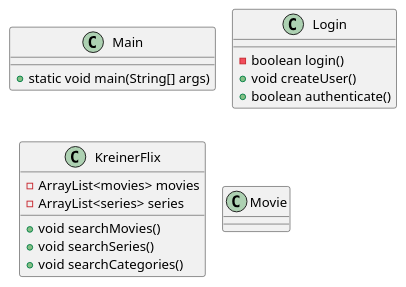
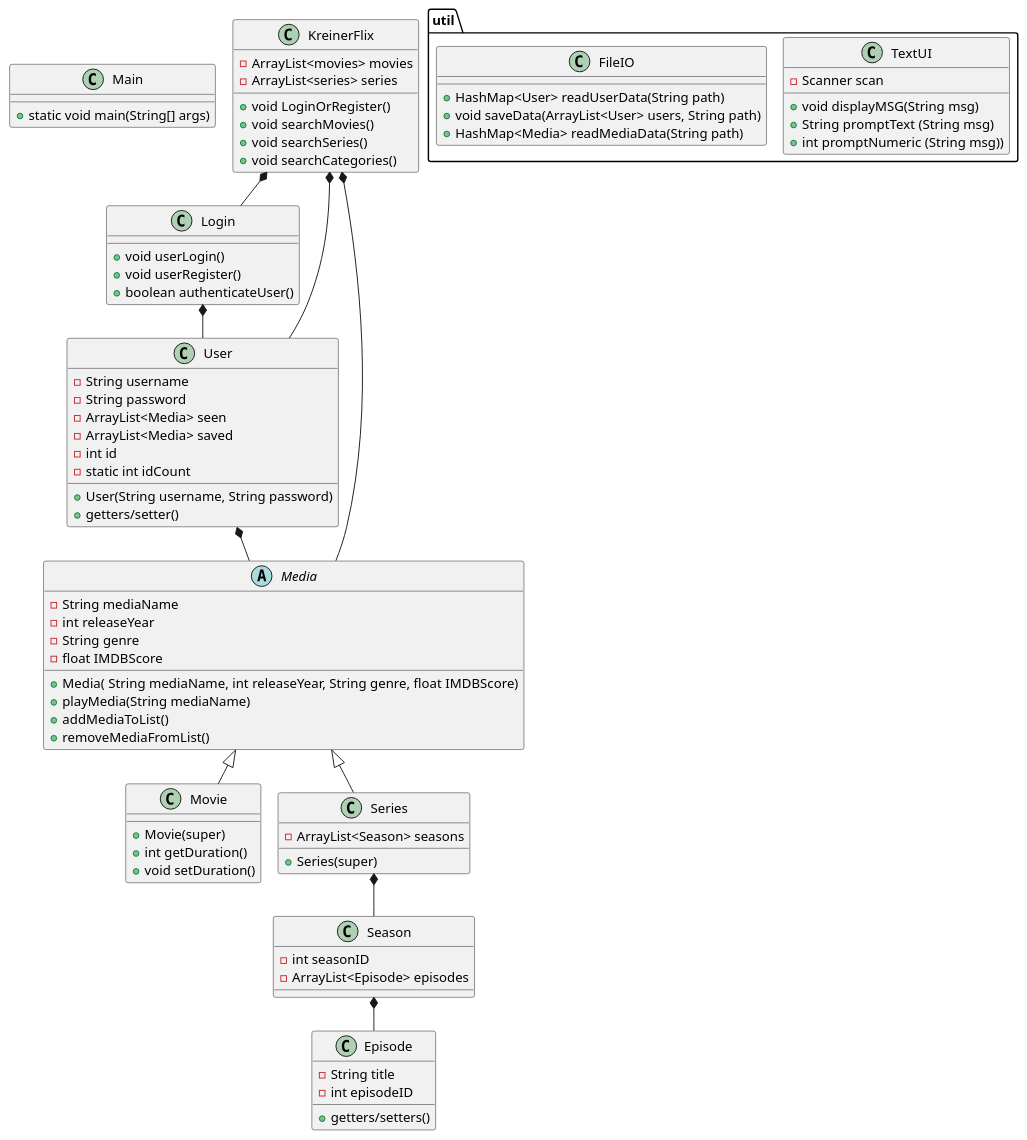
The diagram in doc/classdiagram.puml (Bubberslem/Sp3MadsDMarcusR), drawn with PlantUML before and after one commit. The commit also changed 8 other files, not shown here.

Commit message:
ClassDiagram done

```diff
--- a/doc/classdiagram.puml
+++ b/doc/classdiagram.puml
@@ -1,25 +1,96 @@
 @startuml
 'https://plantuml.com/class-diagram
 !pragma layout smetana
 class Main{
 + static void main(String[] args)
 }
 class Login{
-- boolean login()
-+ void createUser()
-+ boolean authenticate()
++ void userLogin()
++ void userRegister()
++ boolean authenticateUser()
+}
+abstract class Media{
+- String mediaName
+- int releaseYear
+- String genre
+- float IMDBScore
+
++ Media( String mediaName, int releaseYear, String genre, float IMDBScore)
++ playMedia(String mediaName)
++ addMediaToList()
++ removeMediaFromList()
+}
+
+class Movie extends Media{
++ Movie(super)
++ int getDuration()
++ void setDuration()
+}
+
+class Series extends Media{
+- ArrayList<Season> seasons
++ Series(super)
+}
+
+class Season{
+- int seasonID
+- ArrayList<Episode> episodes
+}
+
+class Episode{
+- String title
+- int episodeID
++ getters/setters()
 }
 
 class KreinerFlix{
 - ArrayList<movies> movies
 - ArrayList<series> series
++ void LoginOrRegister()
 + void searchMovies()
 + void searchSeries()
 + void searchCategories()
 }
 
+class User{
+- String username
+- String password
+- ArrayList<Media> seen
+- ArrayList<Media> saved
+- int id
+- static int idCount
++ User(String username, String password)
++ getters/setter()
+
+}
 class Movie{
 
 }
+package "util"{
 
+class TextUI{
+- Scanner scan
+
++ void displayMSG(String msg)
++ String promptText (String msg)
++ int promptNumeric (String msg))
+}
+
+class FileIO{
++ HashMap<User> readUserData(String path)
++ void saveData(ArrayList<User> users, String path)
++ HashMap<Media> readMediaData(String path)
+}
+
+KreinerFlix *-- Media
+
+User *-- Media
+
+KreinerFlix *-- User
+
+Series *-- Season
+
+Season *-- Episode
+Login *-- User
+KreinerFlix *-- Login
 @enduml
```
